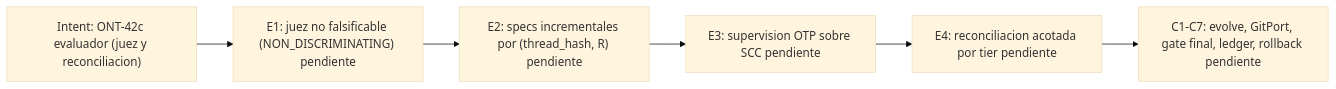
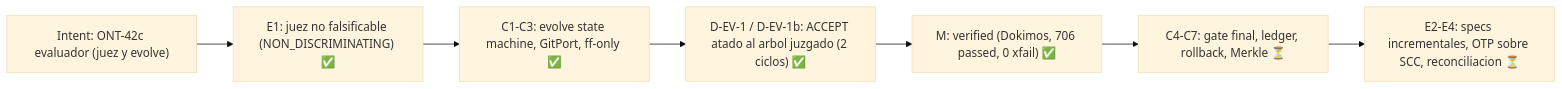
Diagram 21 of 24 in README.md (ancrz/agent-execution-plane), drawn with Mermaid (base theme) before and after one commit. The commit also changed other lines of this file and 4 other files, not shown here.

First line of the commit message:
docs(pipeline): record ONT-42c E1+C1-C3 VERIFIED

````diff
--- a/README.md
+++ b/README.md
@@ -1112,8 +1112,9 @@
 ```mermaid
 flowchart LR
-    I["Intent: ONT-42c evaluador (juez y reconciliacion)"] --> E1["E1: juez no falsificable (NON_DISCRIMINATING) pendiente"]
-    E1 --> E2["E2: specs incrementales por (thread_hash, R) pendiente"]
-    E2 --> E3["E3: supervision OTP sobre SCC pendiente"]
-    E3 --> E4["E4: reconciliacion acotada por tier pendiente"]
-    E4 --> C["C1-C7: evolve, GitPort, gate final, ledger, rollback pendiente"]
+    I["Intent: ONT-42c evaluador (juez y evolve)"] --> E1["E1: juez no falsificable (NON_DISCRIMINATING) ✅"]
+    E1 --> C13["C1-C3: evolve state machine, GitPort, ff-only ✅"]
+    C13 --> D["D-EV-1 / D-EV-1b: ACCEPT atado al arbol juzgado (2 ciclos) ✅"]
+    D --> V["M: verified (Dokimos, 706 passed, 0 xfail) ✅"]
+    V --> C47["C4-C7: gate final, ledger, rollback, Merkle ⏳"]
+    C47 --> E234["E2-E4: specs incrementales, OTP sobre SCC, reconciliacion ⏳"]
 ```
````
